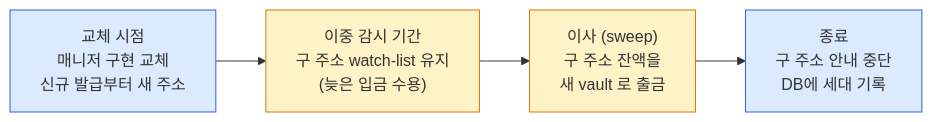
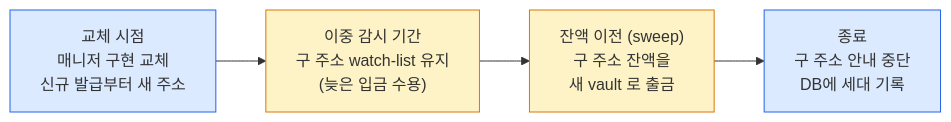
Before and after one commit to eunsujeo/eunpus: the second of 4 diagrams in blockchain-manager/docs/블록체인매니저/설계/09-switch-extend.md, drawn with Mermaid. The commit also changed other lines of this file and 8 other files, not shown here.

````diff
--- a/blockchain-manager/docs/블록체인매니저/설계/09-switch-extend.md
+++ b/blockchain-manager/docs/블록체인매니저/설계/09-switch-extend.md
@@ -60,10 +60,10 @@
 ```mermaid
 flowchart LR
     A["교체 시점<br/>매니저 구현 교체<br/>신규 발급부터 새 주소"] --> B["이중 감시 기간<br/>구 주소 watch-list 유지<br/>(늦은 입금 수용)"]
-    B --> C["이사 (sweep)<br/>구 주소 잔액을<br/>새 vault 로 출금"]
+    B --> C["잔액 이전 (sweep)<br/>구 주소 잔액을<br/>새 vault 로 출금"]
     C --> D["종료<br/>구 주소 안내 중단<br/>DB에 세대 기록"]
 
     classDef step fill:#dbeafe,stroke:#2563eb;
     classDef warn fill:#fef3c7,stroke:#d97706;
     class A,D step; class B,C warn;
 ```
````
